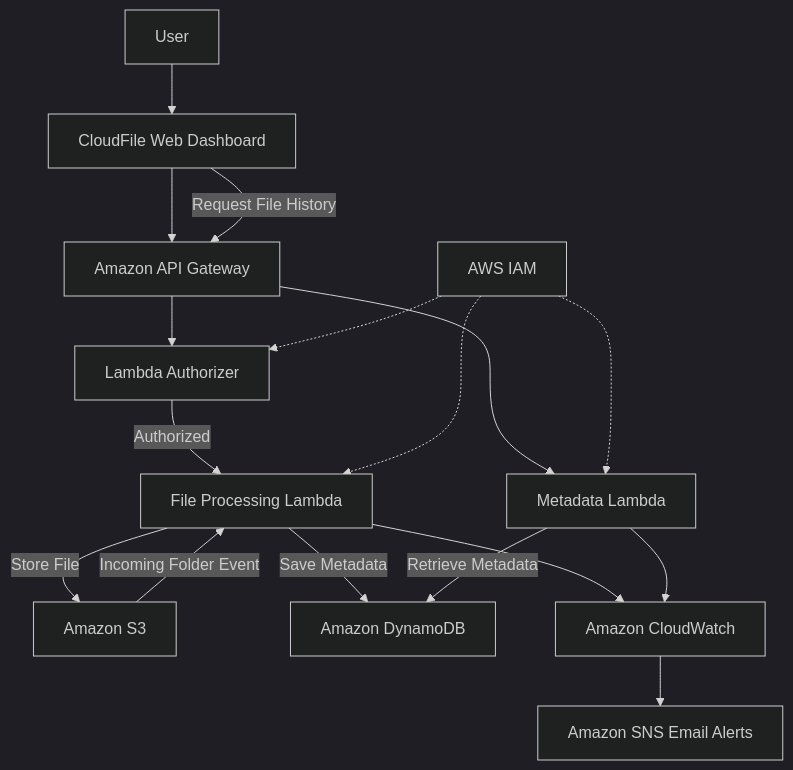
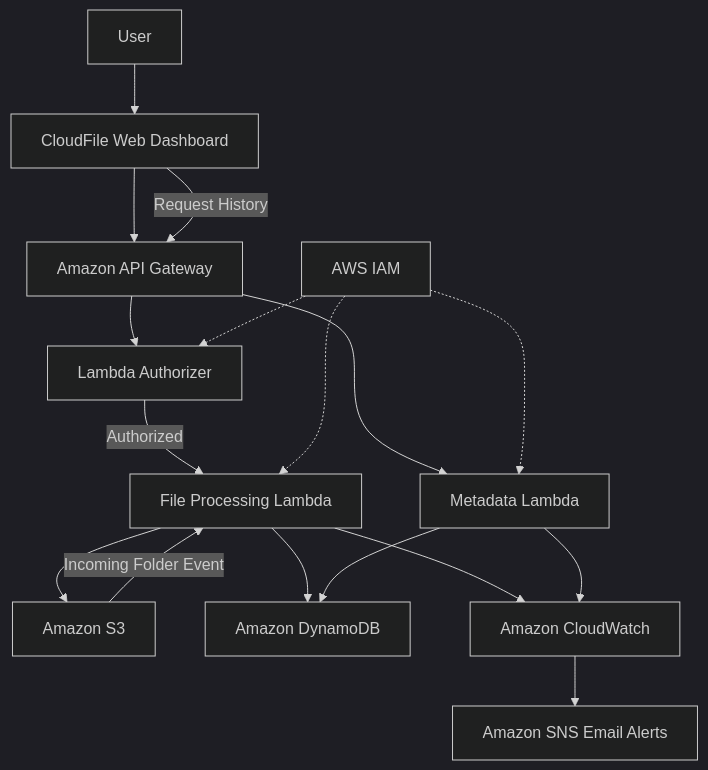
The diagram in README.md (HrishikeshVHiremath/cloudfile-serverless-file-processing), drawn with Mermaid (dark theme) before and after one commit.

````diff
--- a/README.md
+++ b/README.md
@@ -40,19 +40,19 @@
 ```mermaid
 flowchart TD
     A[User] --> B[CloudFile Web Dashboard]
     B --> C[Amazon API Gateway]
     C --> D[Lambda Authorizer]
     D -->|Authorized| E[File Processing Lambda]
-    E -->|Store File| F[Amazon S3]
-    E -->|Save Metadata| G[Amazon DynamoDB]
-    B -->|Request File History| C
+    E --> F[Amazon S3]
+    E --> G[Amazon DynamoDB]
+    B -->|Request History| C
     C --> H[Metadata Lambda]
-    H -->|Retrieve Metadata| G
+    H --> G
     F -->|Incoming Folder Event| E
     E --> I[Amazon CloudWatch]
     H --> I
     I --> J[Amazon SNS Email Alerts]
-    K[ AWS IAM ] -.-> E
+    K[AWS IAM] -.-> E
     K -.-> H
     K -.-> D
 ```
````
